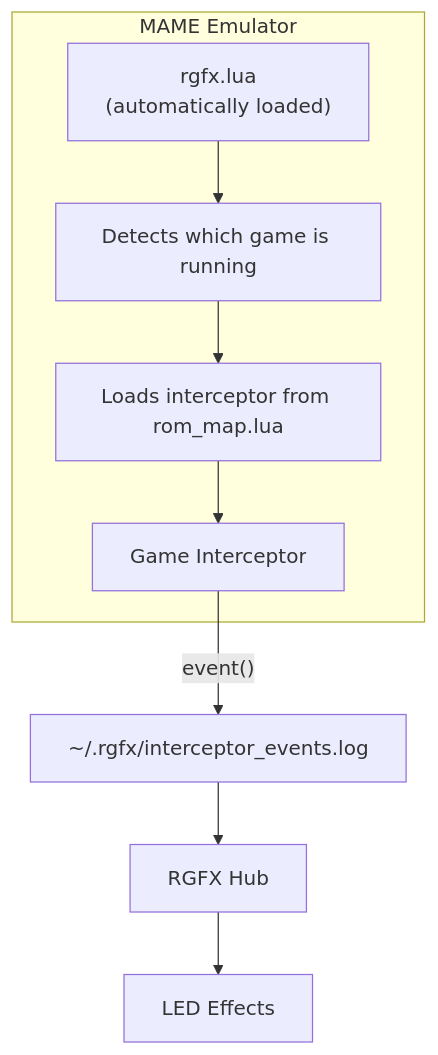
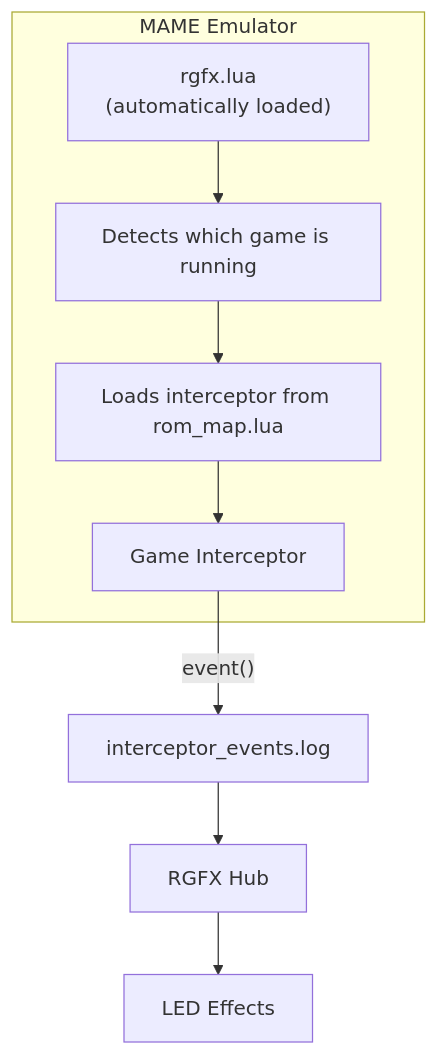
The diagram in public-docs/docs/interceptors/index.md (mfurniss/rgfx), drawn with Mermaid before and after one commit. The commit also changed other lines of this file and 169 other files, not shown here.

````diff
--- a/public-docs/docs/interceptors/index.md
+++ b/public-docs/docs/interceptors/index.md
@@ -18,15 +20,15 @@
 ```mermaid
 flowchart TB
     subgraph MAME["MAME Emulator"]
         rgfx["rgfx.lua<br/>(automatically loaded)"]
         detect["Detects which game is running"]
         load["Loads interceptor from rom_map.lua"]
         intercept["Game Interceptor"]
 
         rgfx --> detect --> load --> intercept
     end
 
-    intercept --> |"event()"| logfile["~/.rgfx/interceptor_events.log"]
+    intercept --> |"event()"| logfile["interceptor_events.log"]
     logfile --> hub["RGFX Hub"]
     hub --> led["LED Effects"]
 ```
````
